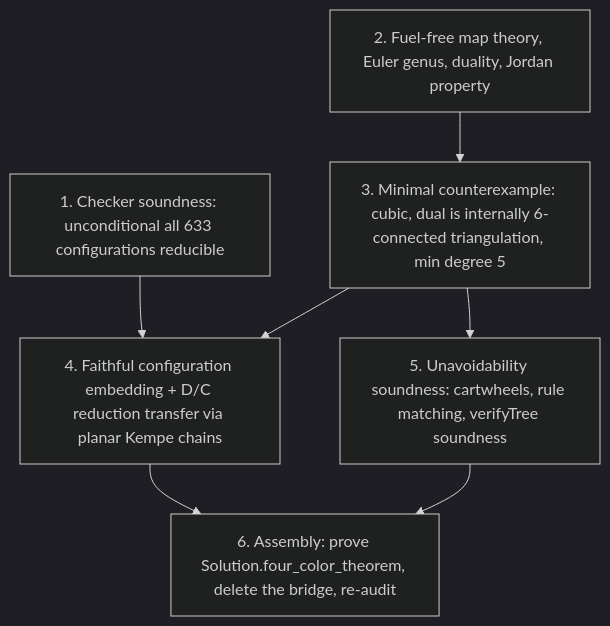
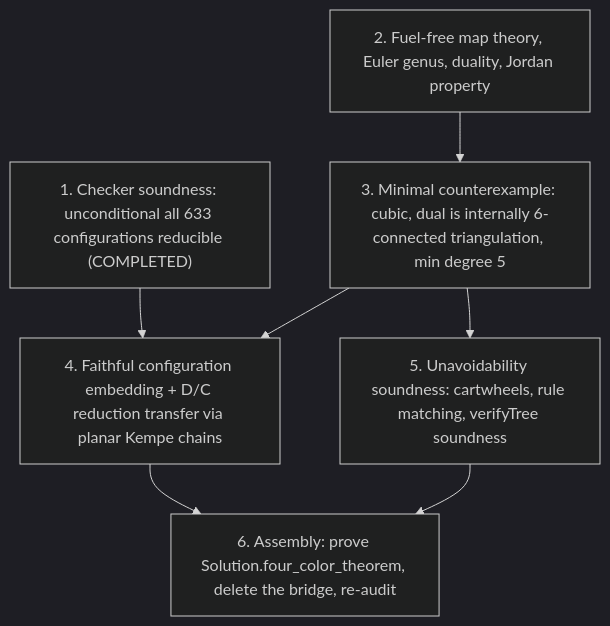
Before and after one commit to Harry-Tech-Guide/Lean-4-Four-Color-Theorem-Formalization: the diagram in README.md, drawn with Mermaid (dark theme). The commit also changed other lines of this file and 7 other files, not shown here.

First line of the commit message:
feat: prove KernelReducer end-to-end soundness and unconditional Phase 1

````diff
--- a/README.md
+++ b/README.md
@@ -64,15 +64,15 @@
 ```mermaid
 flowchart TD
-    P1["1. Checker soundness: unconditional all 633 configurations reducible"]
+    P1["1. Checker soundness: unconditional all 633 configurations reducible (COMPLETED)"]
     P2["2. Fuel-free map theory, Euler genus, duality, Jordan property"]
     P3["3. Minimal counterexample: cubic, dual is internally 6-connected triangulation, min degree 5"]
     P4["4. Faithful configuration embedding + D/C reduction transfer via planar Kempe chains"]
     P5["5. Unavoidability soundness: cartwheels, rule matching, verifyTree soundness"]
     P6["6. Assembly: prove Solution.four_color_theorem, delete the bridge, re-audit"]
     P2 --> P3
     P1 --> P4
     P3 --> P4
     P3 --> P5
     P4 --> P6
     P5 --> P6
 ```
````
